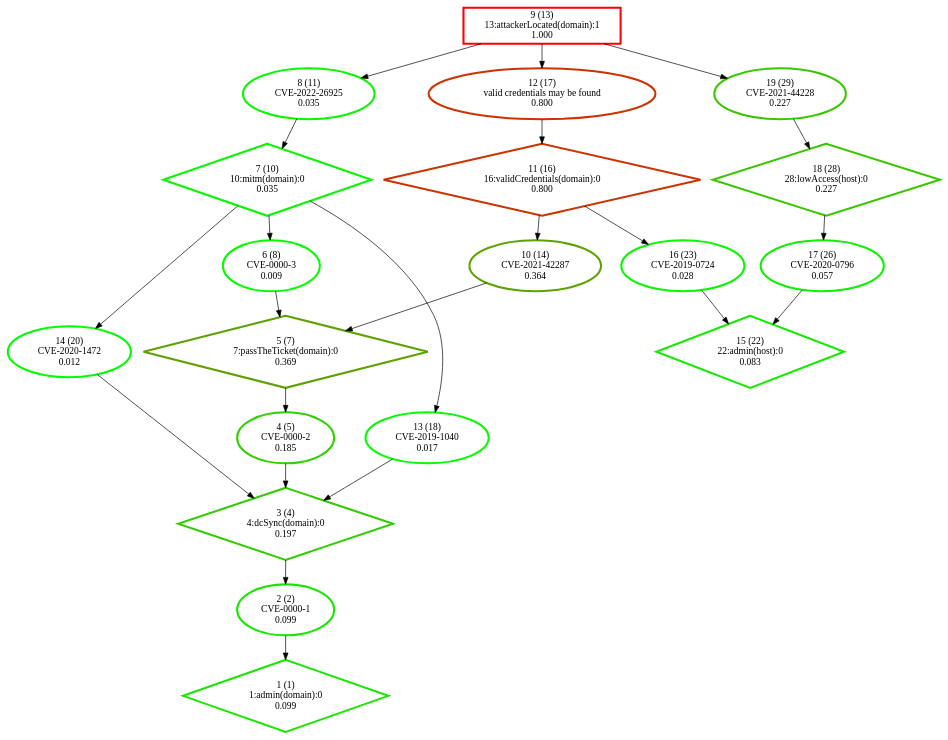
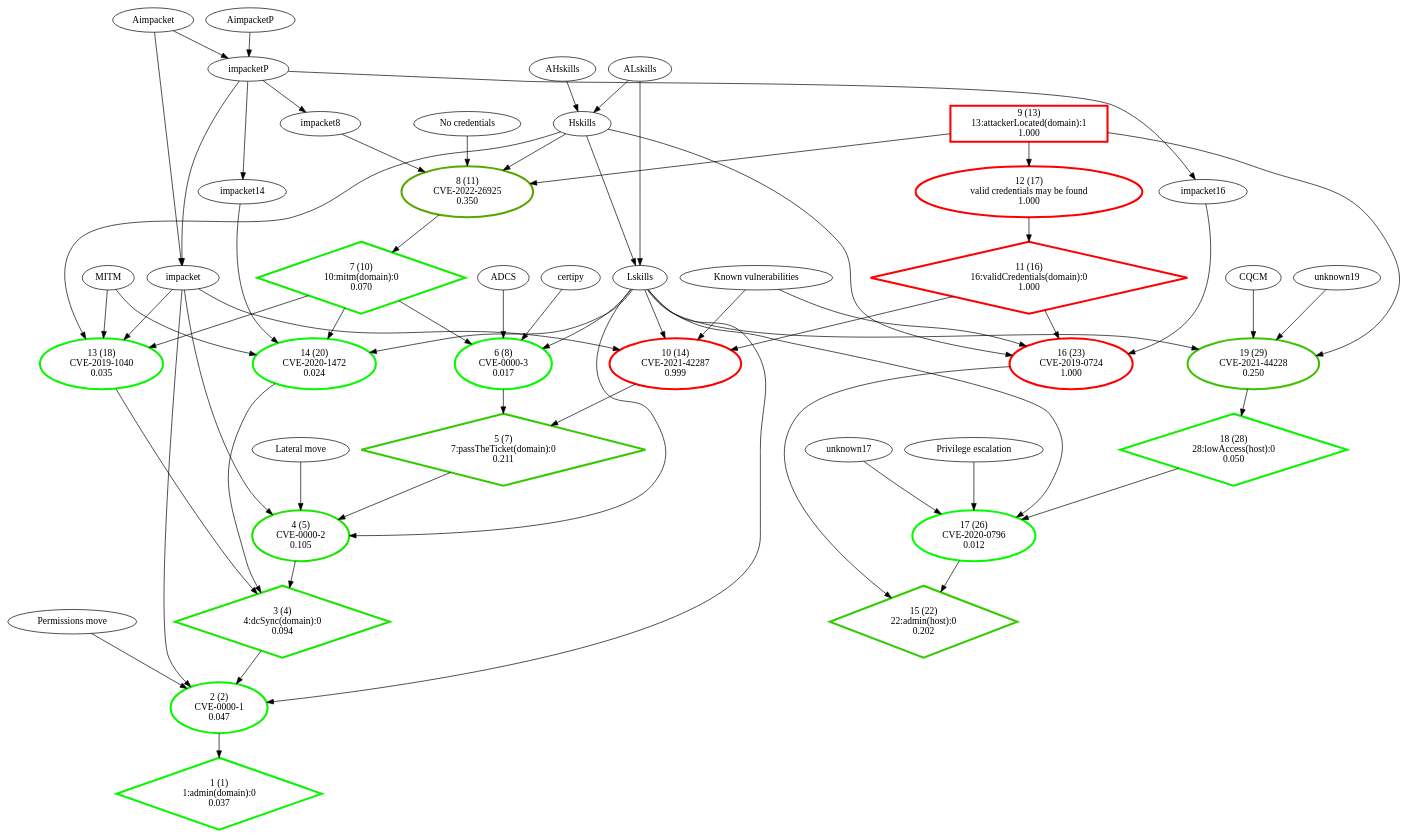
One commit to NathanaeldeLaChesnais/attacker_profiling_for_BAG_with_honeypots changed the diagram in Personnal_simulations/output_selection/strongly_connected_components/ag-nocycles_colored.dot. Above: the diagram before and after it, drawn with Graphviz. The commit also changed 6 other files, not shown here.

```diff
--- a/Personnal_simulations/output_selection/strongly_connected_components/ag-nocycles_colored.dot
+++ b/Personnal_simulations/output_selection/strongly_connected_components/ag-nocycles_colored.dot
@@ -1,43 +1,84 @@
 digraph G {
-  1 [label="1 (1)\n1:admin(domain):0\n0.099", color="#19E600", penwidth=3, shape="diamond"];
-  2 [label="2 (2)\nCVE-0000-1\n0.099", color="#19E600", penwidth=3, shape="ellipse"];
-  3 [label="3 (4)\n4:dcSync(domain):0\n0.197", color="#32CD00", penwidth=3, shape="diamond"];
-  4 [label="4 (5)\nCVE-0000-2\n0.185", color="#2FD000", penwidth=3, shape="ellipse"];
-  5 [label="5 (7)\n7:passTheTicket(domain):0\n0.369", color="#5EA100", penwidth=3, shape="diamond"];
-  6 [label="6 (8)\nCVE-0000-3\n0.009", color="#02FD00", penwidth=3, shape="ellipse"];
-  7 [label="7 (10)\n10:mitm(domain):0\n0.035", color="#08F700", penwidth=3, shape="diamond"];
-  8 [label="8 (11)\nCVE-2022-26925\n0.035", color="#08F700", penwidth=3, shape="ellipse"];
+  1 [label="1 (1)\n1:admin(domain):0\n0.037", color="#09F600", penwidth=3, shape="diamond"];
+  2 [label="2 (2)\nCVE-0000-1\n0.047", color="#0BF400", penwidth=3, shape="ellipse"];
+  3 [label="3 (4)\n4:dcSync(domain):0\n0.094", color="#17E800", penwidth=3, shape="diamond"];
+  4 [label="4 (5)\nCVE-0000-2\n0.105", color="#1AE500", penwidth=3, shape="ellipse"];
+  5 [label="5 (7)\n7:passTheTicket(domain):0\n0.211", color="#35CA00", penwidth=3, shape="diamond"];
+  6 [label="6 (8)\nCVE-0000-3\n0.017", color="#04FB00", penwidth=3, shape="ellipse"];
+  7 [label="7 (10)\n10:mitm(domain):0\n0.070", color="#11EE00", penwidth=3, shape="diamond"];
+  8 [label="8 (11)\nCVE-2022-26925\n0.350", color="#59A600", penwidth=3, shape="ellipse"];
   9 [label="9 (13)\n13:attackerLocated(domain):1\n1.000", color="#FF0000", penwidth=3, shape="box"];
-  10 [label="10 (14)\nCVE-2021-42287\n0.364", color="#5CA300", penwidth=3, shape="ellipse"];
-  11 [label="11 (16)\n16:validCredentials(domain):0\n0.800", color="#CB3400", penwidth=3, shape="diamond"];
-  12 [label="12 (17)\nvalid credentials may be found\n0.800", color="#CC3300", penwidth=3, shape="ellipse"];
-  13 [label="13 (18)\nCVE-2019-1040\n0.017", color="#04FB00", penwidth=3, shape="ellipse"];
-  14 [label="14 (20)\nCVE-2020-1472\n0.012", color="#03FC00", penwidth=3, shape="ellipse"];
-  15 [label="15 (22)\n22:admin(host):0\n0.083", color="#15EA00", penwidth=3, shape="diamond"];
-  16 [label="16 (23)\nCVE-2019-0724\n0.028", color="#07F800", penwidth=3, shape="ellipse"];
-  17 [label="17 (26)\nCVE-2020-0796\n0.057", color="#0EF100", penwidth=3, shape="ellipse"];
-  18 [label="18 (28)\n28:lowAccess(host):0\n0.227", color="#3AC500", penwidth=3, shape="diamond"];
-  19 [label="19 (29)\nCVE-2021-44228\n0.227", color="#3AC500", penwidth=3, shape="ellipse"];
-  9 -> 8;
-  9 -> 12;
-  9 -> 19;
-  8 -> 7;
-  7 -> 6;
-  7 -> 13;
-  7 -> 14;
-  6 -> 5;
-  5 -> 4;
-  12 -> 11;
-  11 -> 10;
-  11 -> 16;
-  10 -> 5;
-  4 -> 3;
-  3 -> 2;
-  13 -> 3;
-  14 -> 3;
-  2 -> 1;
-  16 -> 15;
-  19 -> 18;
-  18 -> 17;
-  17 -> 15;
+  10 [label="10 (14)\nCVE-2021-42287\n0.999", color="#FE0100", penwidth=3, shape="ellipse"];
+  11 [label="11 (16)\n16:validCredentials(domain):0\n1.000", color="#FF0000", penwidth=3, shape="diamond"];
+  12 [label="12 (17)\nvalid credentials may be found\n1.000", color="#FF0000", penwidth=3, shape="ellipse"];
+  13 [label="13 (18)\nCVE-2019-1040\n0.035", color="#08F700", penwidth=3, shape="ellipse"];
+  14 [label="14 (20)\nCVE-2020-1472\n0.024", color="#06F900", penwidth=3, shape="ellipse"];
+  15 [label="15 (22)\n22:admin(host):0\n0.202", color="#33CC00", penwidth=3, shape="diamond"];
+  16 [label="16 (23)\nCVE-2019-0724\n1.000", color="#FF0000", penwidth=3, shape="ellipse"];
+  17 [label="17 (26)\nCVE-2020-0796\n0.012", color="#03FC00", penwidth=3, shape="ellipse"];
+  18 [label="18 (28)\n28:lowAccess(host):0\n0.050", color="#0CF300", penwidth=3, shape="diamond"];
+  19 [label="19 (29)\nCVE-2021-44228\n0.250", color="#3FC000", penwidth=3, shape="ellipse"];
+  "9" -> "8";
+  "9" -> "12";
+  "9" -> "19";
+  "8" -> "7";
+  "7" -> "6";
+  "7" -> "13";
+  "7" -> "14";
+  "6" -> "5";
+  "5" -> "4";
+  "12" -> "11";
+  "11" -> "10";
+  "11" -> "16";
+  "10" -> "5";
+  "4" -> "3";
+  "3" -> "2";
+  "13" -> "3";
+  "14" -> "3";
+  "2" -> "1";
+  "16" -> "15";
+  "19" -> "18";
+  "18" -> "17";
+  "17" -> "15";
+  "ALskills" -> "Lskills";
+  "ALskills" -> "Hskills";
+  "Lskills" -> "2";
+  "Lskills" -> "4";
+  "Lskills" -> "6";
+  "Lskills" -> "10";
+  "Lskills" -> "14";
+  "Lskills" -> "17";
+  "Lskills" -> "19";
+  "Hskills" -> "Lskills";
+  "Hskills" -> "8";
+  "Hskills" -> "13";
+  "Hskills" -> "16";
+  "AHskills" -> "Hskills";
+  "Aimpacket" -> "impacketP";
+  "Aimpacket" -> "impacket";
+  "impacketP" -> "impacket";
+  "impacketP" -> "impacket8";
+  "impacketP" -> "impacket14";
+  "impacketP" -> "impacket16";
+  "impacket" -> "2";
+  "impacket" -> "4";
+  "impacket" -> "10";
+  "impacket" -> "13";
+  "AimpacketP" -> "impacketP";
+  "Permissions move" -> "2";
+  "Lateral move" -> "4";
+  "certipy" -> "6";
+  "ADCS" -> "6";
+  "impacket8" -> "8";
+  "No credentials" -> "8";
+  "Known vulnerabilities" -> "10";
+  "Known vulnerabilities" -> "16";
+  "MITM" -> "13";
+  "MITM" -> "14";
+  "impacket14" -> "14";
+  "impacket16" -> "16";
+  "unknown17" -> "17";
+  "Privilege escalation" -> "17";
+  "unknown19" -> "19";
+  "CQCM" -> "19";
 }
```
